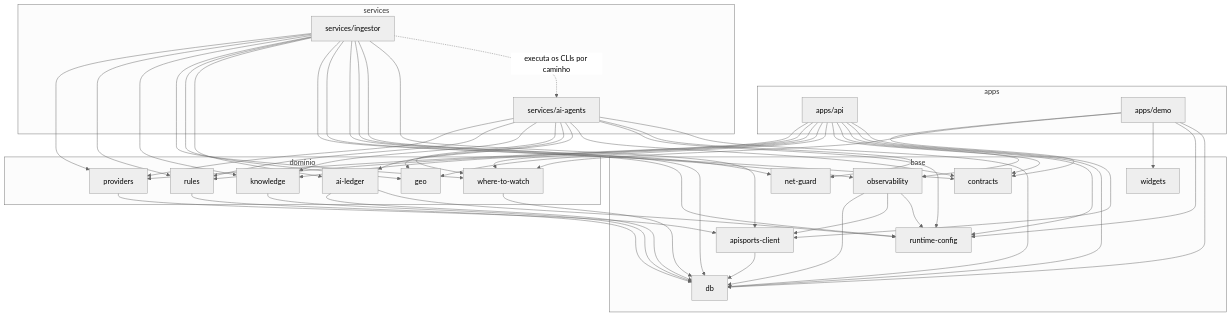
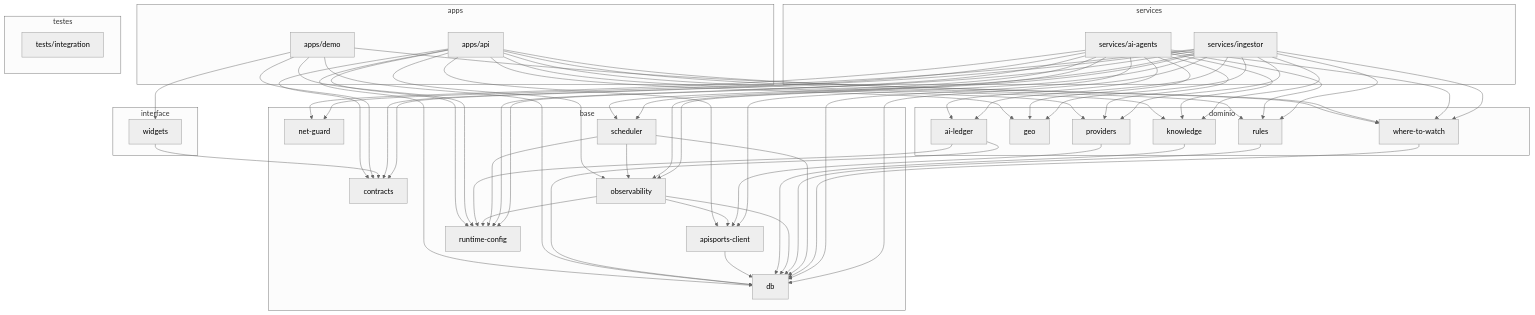
The diagram in docs/15-organizacao-do-monorepo.md (galaxie-works/galaxie-sports), drawn with Mermaid (neutral theme) before and after one commit. The commit also changed other lines of this file and 44 other files, not shown here.

````diff
--- a/docs/15-organizacao-do-monorepo.md
+++ b/docs/15-organizacao-do-monorepo.md
@@ -48,39 +60,48 @@
 ```mermaid
 flowchart TB
   subgraph apps
-    API[apps/api]
-    DEMO[apps/demo]
+    apps_api[apps/api]
+    apps_demo[apps/demo]
   end
   subgraph services
-    ING[services/ingestor]
-    AI[services/ai-agents]
+    services_ai_agents[services/ai-agents]
+    services_ingestor[services/ingestor]
   end
   subgraph domínio
-    PROV[providers]
-    RULES[rules]
-    KNOW[knowledge]
-    WTW[where-to-watch]
-    GEO[geo]
-    LEDGER[ai-ledger]
+    packages_ai_ledger[ai-ledger]
+    packages_geo[geo]
+    packages_knowledge[knowledge]
+    packages_providers[providers]
+    packages_rules[rules]
+    packages_where_to_watch[where-to-watch]
   end
   subgraph base
-    DB[db]
-    APIS[apisports-client]
-    CONTR[contracts]
-    RC[runtime-config]
-    OBS[observability]
-    NET[net-guard]
-    WID[widgets]
+    packages_apisports_client[apisports-client]
+    packages_contracts[contracts]
+    packages_db[db]
+    packages_net_guard[net-guard]
+    packages_observability[observability]
+    packages_runtime_config[runtime-config]
+    packages_scheduler[scheduler]
+  end
+  subgraph interface
+    packages_widgets[widgets]
+  end
+  subgraph testes
+    tests_integration[tests/integration]
   end
 
-  API --> PROV & RULES & KNOW & WTW & GEO & CONTR & OBS & RC & DB & APIS
-  DEMO --> CONTR & WTW & WID & RC & DB
-  ING --> PROV & RULES & KNOW & WTW & GEO & LEDGER & CONTR & OBS & RC & NET & DB & APIS
-  AI --> PROV & RULES & KNOW & WTW & GEO & LEDGER & CONTR & RC & NET & DB
-  ING -. executa os CLIs por caminho .-> AI
-  PROV --> APIS
-  APIS --> DB
-  RULES & KNOW & WTW --> DB
-  LEDGER --> DB & RC
-  OBS --> DB & APIS & RC
+  apps_api --> packages_apisports_client & packages_contracts & packages_db & packages_geo & packages_knowledge & packages_observability & packages_providers & packages_rules & packages_runtime_config & packages_where_to_watch
+  apps_demo --> packages_contracts & packages_db & packages_runtime_config & packages_where_to_watch & packages_widgets
+  packages_ai_ledger --> packages_db & packages_runtime_config
+  packages_apisports_client --> packages_db
+  packages_knowledge --> packages_db
+  packages_observability --> packages_apisports_client & packages_db & packages_runtime_config
+  packages_providers --> packages_apisports_client
+  packages_rules --> packages_db
+  packages_scheduler --> packages_db & packages_observability & packages_runtime_config
+  packages_where_to_watch --> packages_db
+  packages_widgets --> packages_contracts
+  services_ai_agents --> packages_ai_ledger & packages_contracts & packages_db & packages_geo & packages_knowledge & packages_net_guard & packages_observability & packages_providers & packages_rules & packages_runtime_config & packages_scheduler & packages_where_to_watch
+  services_ingestor --> packages_ai_ledger & packages_apisports_client & packages_contracts & packages_db & packages_geo & packages_knowledge & packages_net_guard & packages_observability & packages_providers & packages_rules & packages_runtime_config & packages_scheduler & packages_where_to_watch
 ```
````
